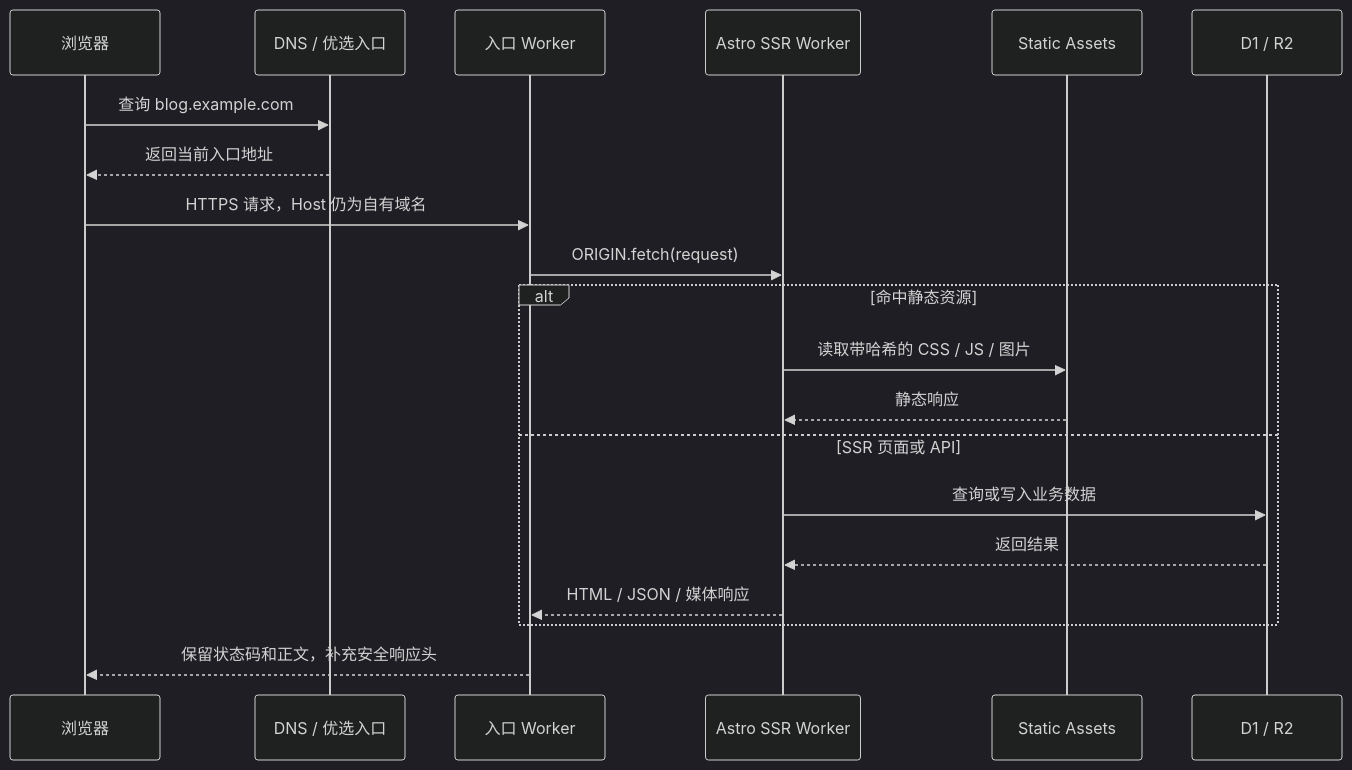
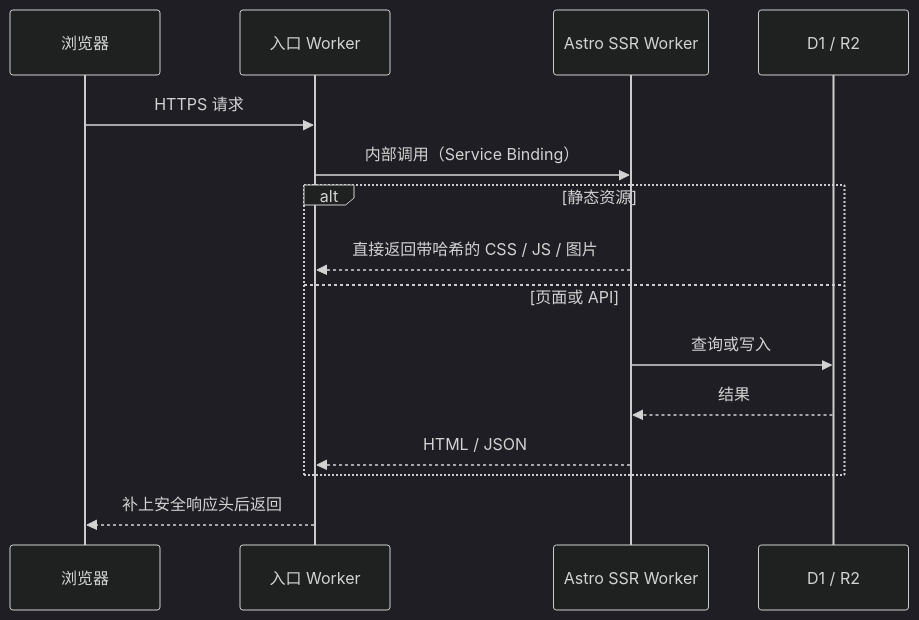
Before and after one commit to Edmounds/blog_web: the second of 2 diagrams in src/content/blog/基于Cloudflare构建个人网站.md, drawn with Mermaid (dark theme). The commit also changed other lines of this file and 1 other file, not shown here.

Commit message:
Rewrite Cloudflare architecture post and draft Actions automation post

````diff
--- a/src/content/blog/基于Cloudflare构建个人网站.md
+++ b/src/content/blog/基于Cloudflare构建个人网站.md
@@ -45,23 +39,18 @@
 ```mermaid
 sequenceDiagram
   participant B as 浏览器
-  participant DNS as DNS / 优选入口
   participant E as 入口 Worker
   participant A as Astro SSR Worker
-  participant AS as Static Assets
   participant D1 as D1 / R2
 
-  B->>DNS: 查询 blog.example.com
-  DNS-->>B: 返回当前入口地址
-  B->>E: HTTPS 请求，Host 仍为自有域名
-  E->>A: ORIGIN.fetch(request)
-  alt 命中静态资源
-    A->>AS: 读取带哈希的 CSS / JS / 图片
-    AS-->>A: 静态响应
-  else SSR 页面或 API
-    A->>D1: 查询或写入业务数据
-    D1-->>A: 返回结果
-    A-->>E: HTML / JSON / 媒体响应
+  B->>E: HTTPS 请求
+  E->>A: 内部调用（Service Binding）
+  alt 静态资源
+    A-->>E: 直接返回带哈希的 CSS / JS / 图片
+  else 页面或 API
+    A->>D1: 查询或写入
+    D1-->>A: 结果
+    A-->>E: HTML / JSON
   end
-  E-->>B: 保留状态码和正文，补充安全响应头
+  E-->>B: 补上安全响应头后返回
 ```
````
